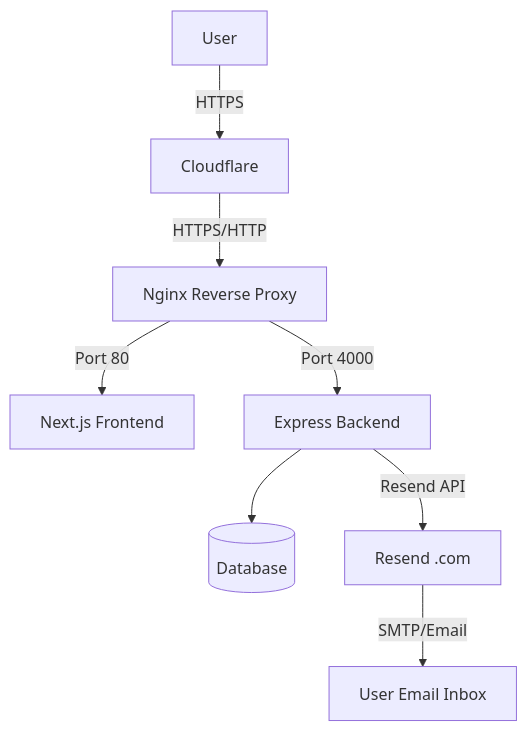
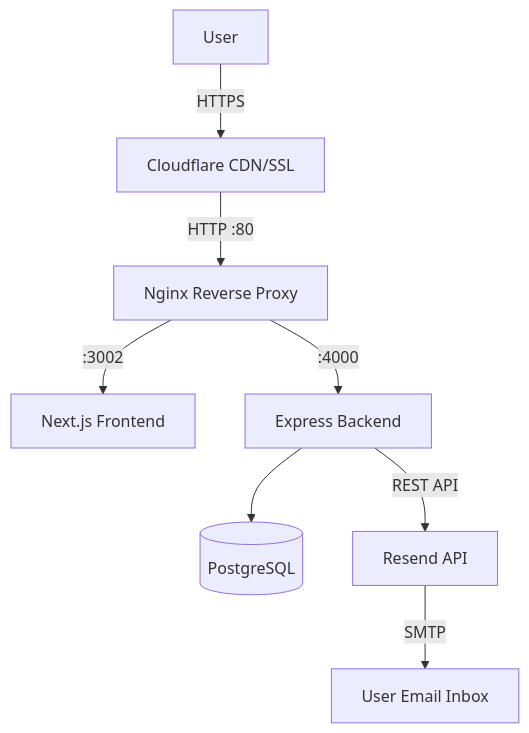
Before and after one commit to justpassingByte/Testictour_V2: the second of 3 diagrams in frontend/docs/ai/design/feature-password-reset-and-infrastructure.md, drawn with Mermaid. The commit also changed other lines of this file and 69 other files, not shown here.

````diff
--- a/frontend/docs/ai/design/feature-password-reset-and-infrastructure.md
+++ b/frontend/docs/ai/design/feature-password-reset-and-infrastructure.md
@@ -11,11 +34,11 @@
 ```mermaid
 graph TD
-  User -->|HTTPS| Cloudflare
-  Cloudflare -->|HTTPS/HTTP| Nginx[Nginx Reverse Proxy]
-  Nginx -->|Port 80| FrontendContainer[Next.js Frontend]
-  Nginx -->|Port 4000| BackendContainer[Express Backend]
-  
-  BackendContainer --> DB[(Database)]
-  BackendContainer -->|Resend API| ResendService[Resend .com]
-  ResendService -->|SMTP/Email| Inbox[User Email Inbox]
+  User -->|HTTPS| Cloudflare[Cloudflare CDN/SSL]
+  Cloudflare -->|HTTP :80| Nginx[Nginx Reverse Proxy]
+  Nginx -->|:3002| DockerFrontend[Next.js Frontend]
+  Nginx -->|:4000| DockerBackend[Express Backend]
+
+  DockerBackend --> DB[(PostgreSQL)]
+  DockerBackend -->|REST API| Resend[Resend API]
+  Resend -->|SMTP| UserInbox[User Email Inbox]
 ```
````
